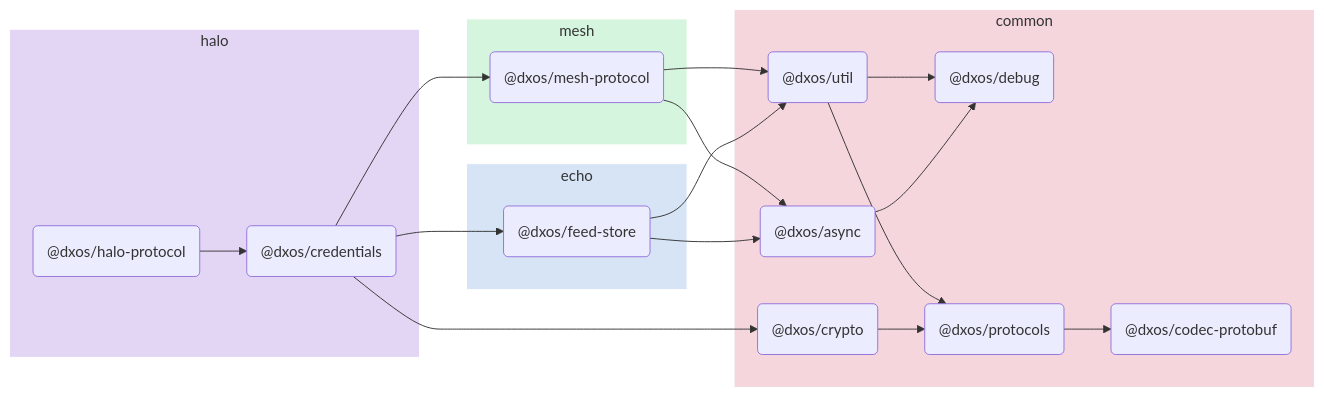
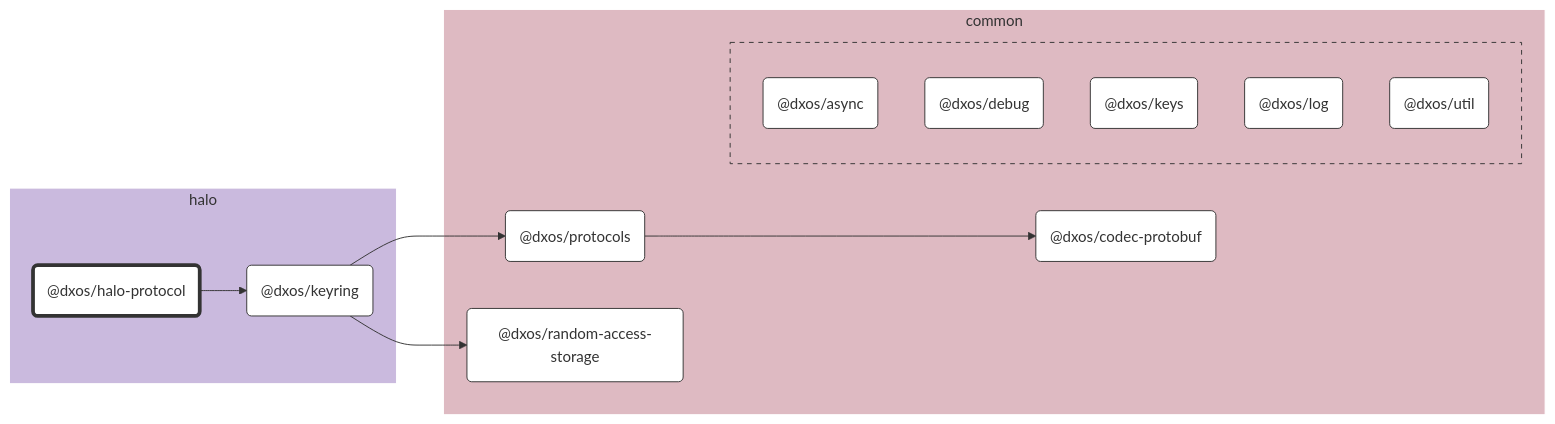
Before and after one commit to dxos/dxos: the diagram in packages/halo/halo-protocol/docs/README.md, drawn with Mermaid. The commit also changed other lines of this file and 89 other files, not shown here.

````diff
--- a/packages/halo/halo-protocol/docs/README.md
+++ b/packages/halo/halo-protocol/docs/README.md
@@ -5,43 +7,66 @@
 ```mermaid
-flowchart LR;
+%%{ init: {'flowchart':{'curve':'basis'}} }%%
 
+flowchart LR
+
+%% Links
+dxos/halo-protocol --> dxos/keyring;
+dxos/keyring --> dxos/protocols;
+dxos/keyring --> dxos/random-access-storage;
+dxos/protocols --> dxos/codec-protobuf;
+
+%% Sections
 subgraph halo
-  style halo fill:#e3d6f5,stroke:#fff;
-  dxos/halo-protocol("@dxos/halo-protocol");
-  dxos/credentials("@dxos/credentials");
+  style halo fill:#cabade,stroke:#fff;
+
+  dxos/halo-protocol("@dxos/halo-protocol")
+  dxos/keyring("@dxos/keyring")
 end
 
 subgraph common
-  style common fill:#f5d6dd,stroke:#fff;
-  dxos/async("@dxos/async");
-  dxos/debug("@dxos/debug");
-  dxos/codec-protobuf("@dxos/codec-protobuf");
-  dxos/crypto("@dxos/crypto");
-  dxos/protocols("@dxos/protocols");
-  dxos/util("@dxos/util");
+  style common fill:#debac2,stroke:#fff;
+
+  dxos/codec-protobuf("@dxos/codec-protobuf")
+  dxos/protocols("@dxos/protocols")
+  dxos/random-access-storage("@dxos/random-access-storage")
+
+  subgraph common-excluded [ ]
+    style common-excluded fill:#debac2,stroke:#333,stroke-dasharray:5 5;
+
+    dxos/async("@dxos/async")
+    dxos/debug("@dxos/debug")
+    dxos/keys("@dxos/keys")
+    dxos/log("@dxos/log")
+    dxos/util("@dxos/util")
+  end
 end
 
-subgraph echo
-  style echo fill:#d6e4f5,stroke:#fff;
-  dxos/feed-store("@dxos/feed-store");
-end
 
-subgraph mesh
-  style mesh fill:#d6f5de,stroke:#fff;
-  dxos/mesh-protocol("@dxos/mesh-protocol");
-end
+%% Hyperlinks
+click dxos/async "dxos/dxos/tree/main/packages/common/async/docs";
+click dxos/codec-protobuf "dxos/dxos/tree/main/packages/common/codec-protobuf/docs";
+click dxos/debug "dxos/dxos/tree/main/packages/common/debug/docs";
+click dxos/keyring "dxos/dxos/tree/main/packages/halo/keyring/docs";
+click dxos/keys "dxos/dxos/tree/main/packages/common/keys/docs";
+click dxos/log "dxos/dxos/tree/main/packages/common/log/docs";
+click dxos/protocols "dxos/dxos/tree/main/packages/common/protocols/docs";
+click dxos/random-access-storage "dxos/dxos/tree/main/packages/common/random-access-storage/docs";
+click dxos/util "dxos/dxos/tree/main/packages/common/util/docs";
 
-dxos/async --> dxos/debug;
-dxos/halo-protocol --> dxos/credentials;
-dxos/credentials --> dxos/crypto;
-dxos/crypto --> dxos/protocols;
-dxos/protocols --> dxos/codec-protobuf;
-dxos/credentials --> dxos/feed-store;
-dxos/feed-store --> dxos/async;
-dxos/feed-store --> dxos/util;
-dxos/util --> dxos/debug;
-dxos/util --> dxos/protocols;
-dxos/credentials --> dxos/mesh-protocol;
-dxos/mesh-protocol --> dxos/async;
-dxos/mesh-protocol --> dxos/util;
+%% Styles
+classDef rootNode fill:#fff,stroke:#333,stroke-width:4px
+classDef defaultNode fill:#fff,stroke:#333,stroke-width:1px
+linkStyle default stroke:#333,stroke-width:1px
+
+dxos/halo-protocol:::rootNode
+
+dxos/async:::defaultNode
+dxos/codec-protobuf:::defaultNode
+dxos/debug:::defaultNode
+dxos/keyring:::defaultNode
+dxos/keys:::defaultNode
+dxos/log:::defaultNode
+dxos/protocols:::defaultNode
+dxos/random-access-storage:::defaultNode
+dxos/util:::defaultNode
 ```
````
